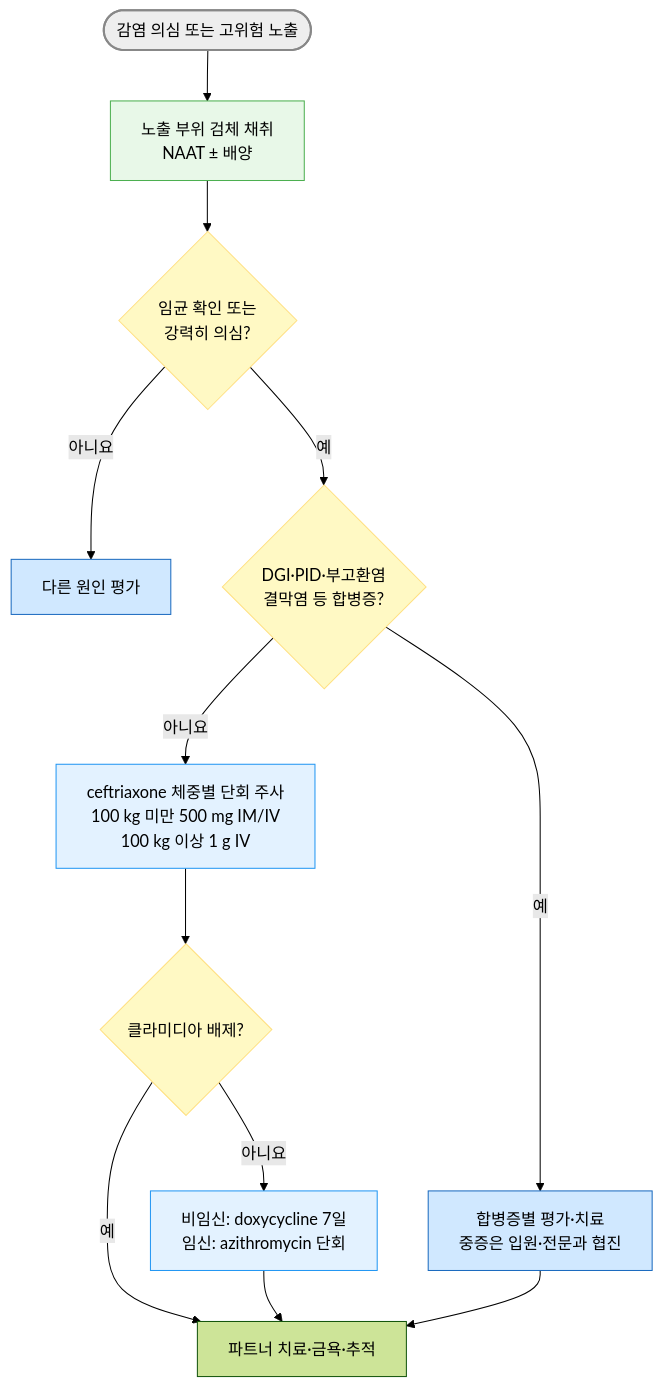
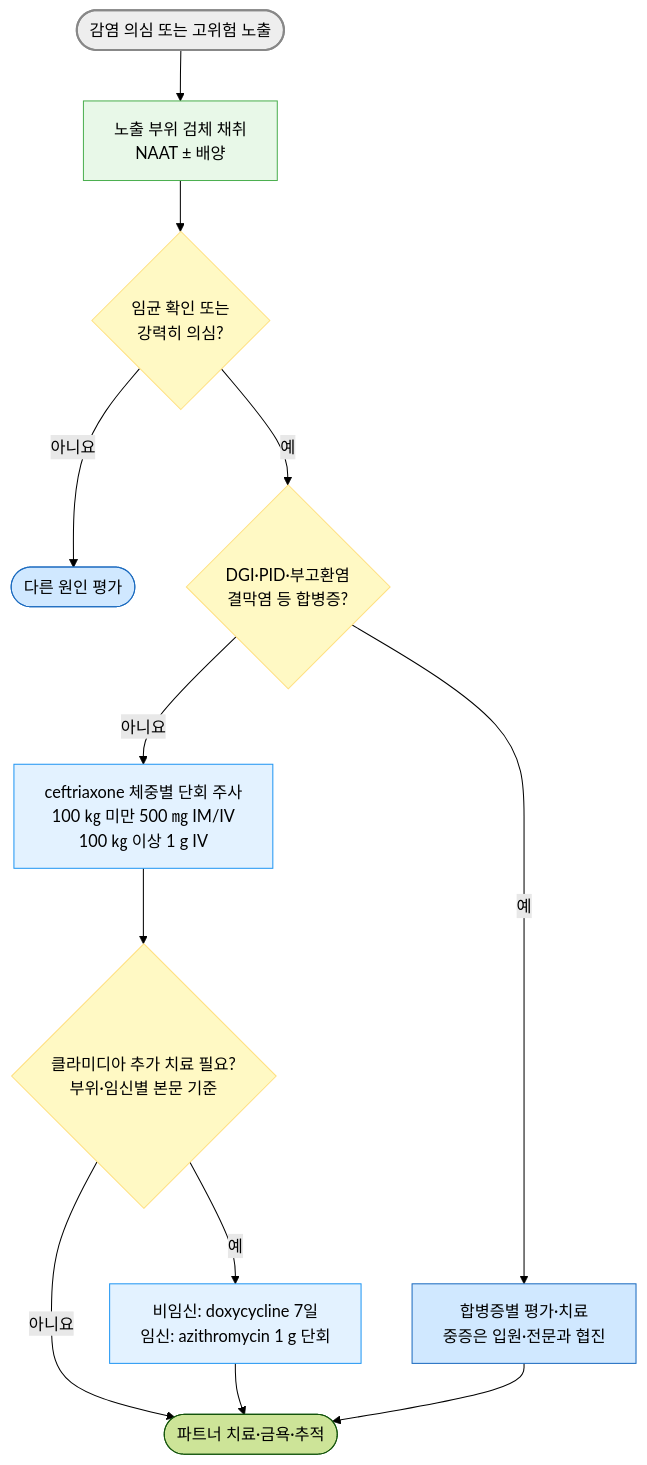
Before and after one commit to familyoh77/familyoh77: the diagram in 227_/115_-2.gonorrhea.md, drawn with Mermaid (forest theme). The commit also changed other lines of this file and 7 other files, not shown here.

````diff
--- a/227_/115_-2.gonorrhea.md
+++ b/227_/115_-2.gonorrhea.md
@@ -105,23 +108,23 @@
 ```mermaid
 graph TD
     A([감염 의심 또는 고위험 노출]) --> B[노출 부위 검체 채취<br>NAAT ± 배양]
     B --> C{임균 확인 또는<br>강력히 의심?}
-    C -- 아니요 --> D[다른 원인 평가]
+    C -- 아니요 --> D([다른 원인 평가])
     C -- 예 --> E{DGI·PID·부고환염<br>결막염 등 합병증?}
     E -- 예 --> G[합병증별 평가·치료<br>중증은 입원·전문과 협진]
-    E -- 아니요 --> F[ceftriaxone 체중별 단회 주사<br>100 kg 미만 500 mg IM/IV<br>100 kg 이상 1 g IV]
-    F --> H{클라미디아 배제?}
-    H -- 아니요 --> I[비임신: doxycycline 7일<br>임신: azithromycin 단회]
-    H -- 예 --> J[파트너 치료·금욕·추적]
+    E -- 아니요 --> F[ceftriaxone 체중별 단회 주사<br>100 ㎏ 미만 500 ㎎ IM/IV<br>100 ㎏ 이상 1 g IV]
+    F --> H{클라미디아 추가 치료 필요?<br>부위·임신별 본문 기준}
+    H -- 예 --> I[비임신: doxycycline 7일<br>임신: azithromycin 1 g 단회]
+    H -- 아니요 --> J([파트너 치료·금욕·추적])
     I --> J
     G --> J
 
 style A fill:#eeeeee,stroke:#888888,stroke-width:2px
 classDef yellow fill:#fff9c4,stroke:#ffe082
 class C,E,H yellow
 style B fill:#e8f8e8,stroke:#4caf50
 classDef blue fill:#d0e8ff,stroke:#1a6abf
 class D,G blue
 classDef sky fill:#e3f2ff,stroke:#2196f3
 class I,F sky
 ```
````
